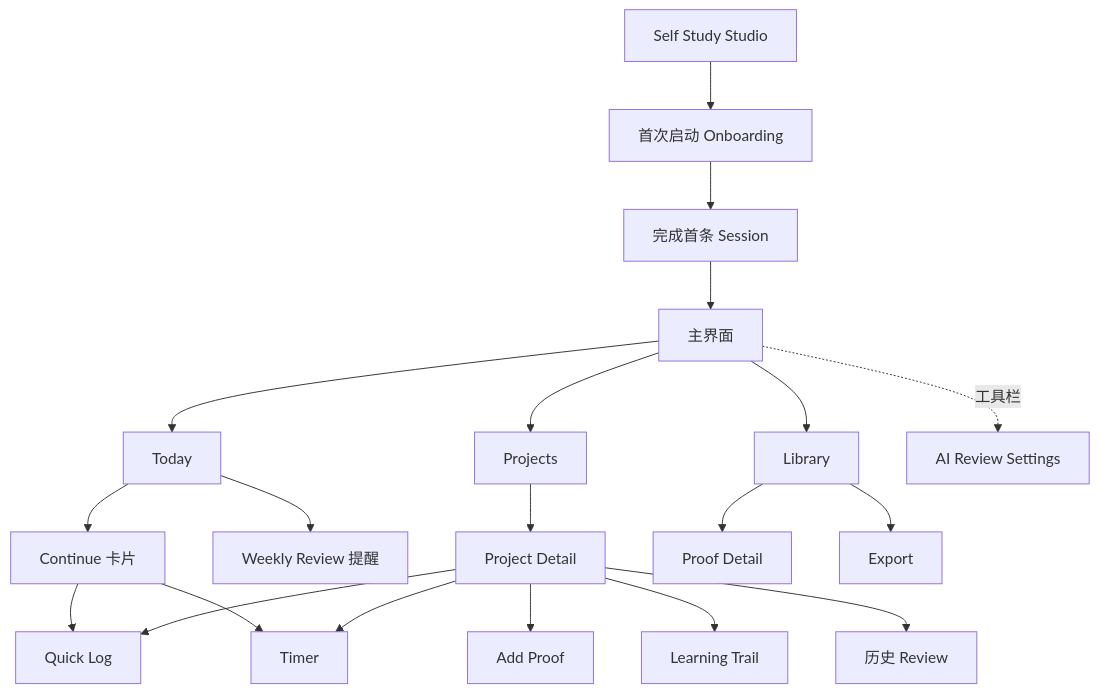
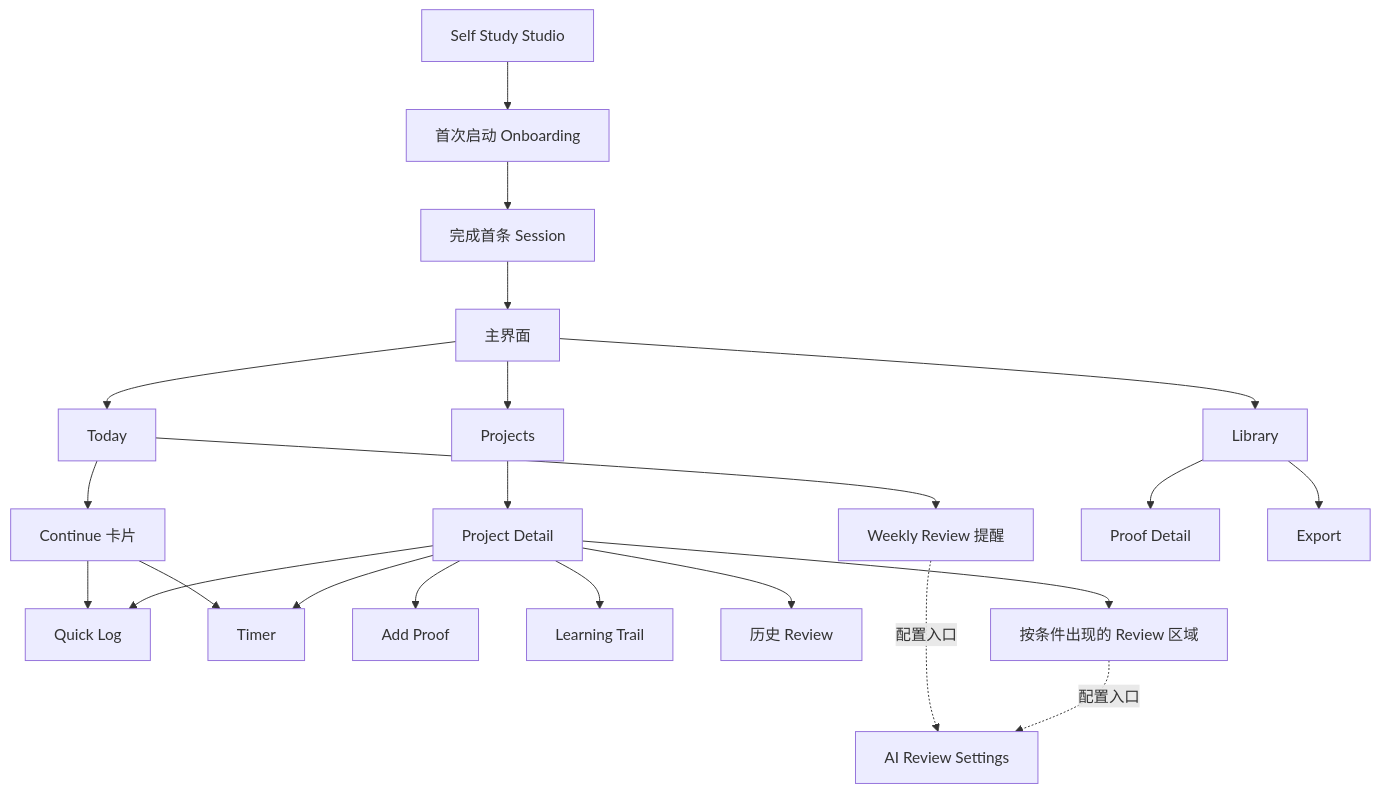
Before and after one commit to Panhe-C/self-study-studio: the second of 10 diagrams in docs/superpowers/plans/2026-07-12-product-function-diagrams.md, drawn with Mermaid. The commit also changed other lines of this file and 28 other files, not shown here.

Commit message:
docs: align product diagrams with current app

````diff
--- a/docs/superpowers/plans/2026-07-12-product-function-diagrams.md
+++ b/docs/superpowers/plans/2026-07-12-product-function-diagrams.md
@@ -78,22 +80,24 @@
 ```mermaid
 flowchart TD
   APP[Self Study Studio] --> O[首次启动 Onboarding]
   O --> F[完成首条 Session]
   F --> ROOT[主界面]
   ROOT --> TODAY[Today]
   ROOT --> PROJECTS[Projects]
   ROOT --> LIBRARY[Library]
   TODAY --> CONTINUE[Continue 卡片]
   CONTINUE --> QUICK[Quick Log]
   CONTINUE --> TIMER[Timer]
   TODAY --> REVIEW[Weekly Review 提醒]
   PROJECTS --> DETAIL[Project Detail]
   DETAIL --> QUICK
   DETAIL --> TIMER
   DETAIL --> PROOF[Add Proof]
   DETAIL --> TRAIL[Learning Trail]
   DETAIL --> HISTORY[历史 Review]
+  DETAIL --> PROJECTREVIEW[按条件出现的 Review 区域]
   LIBRARY --> PROOFDETAIL[Proof Detail]
   LIBRARY --> EXPORT[Export]
-  ROOT -.工具栏.-> SETTINGS[AI Review Settings]
+  REVIEW -.配置入口.-> SETTINGS[AI Review Settings]
+  PROJECTREVIEW -.配置入口.-> SETTINGS
 ```
````
